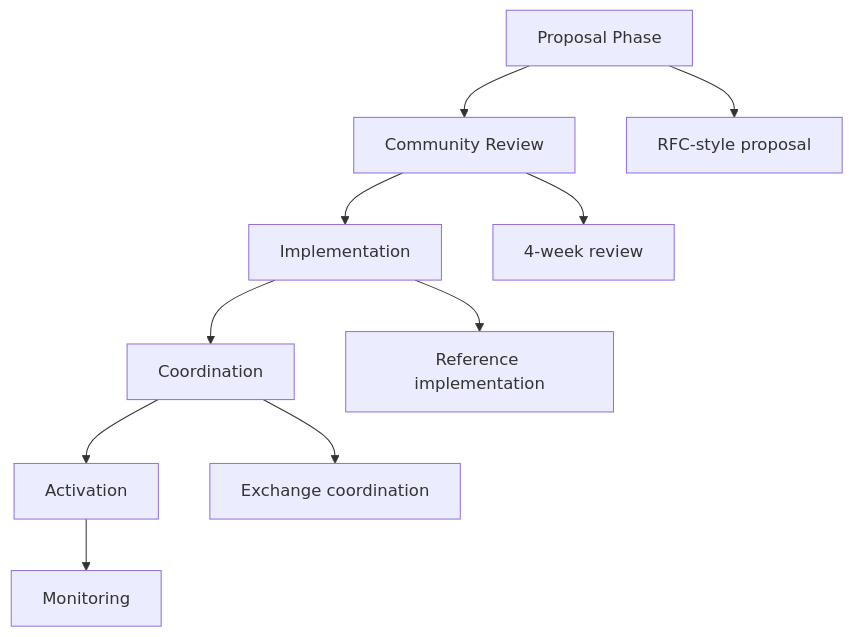
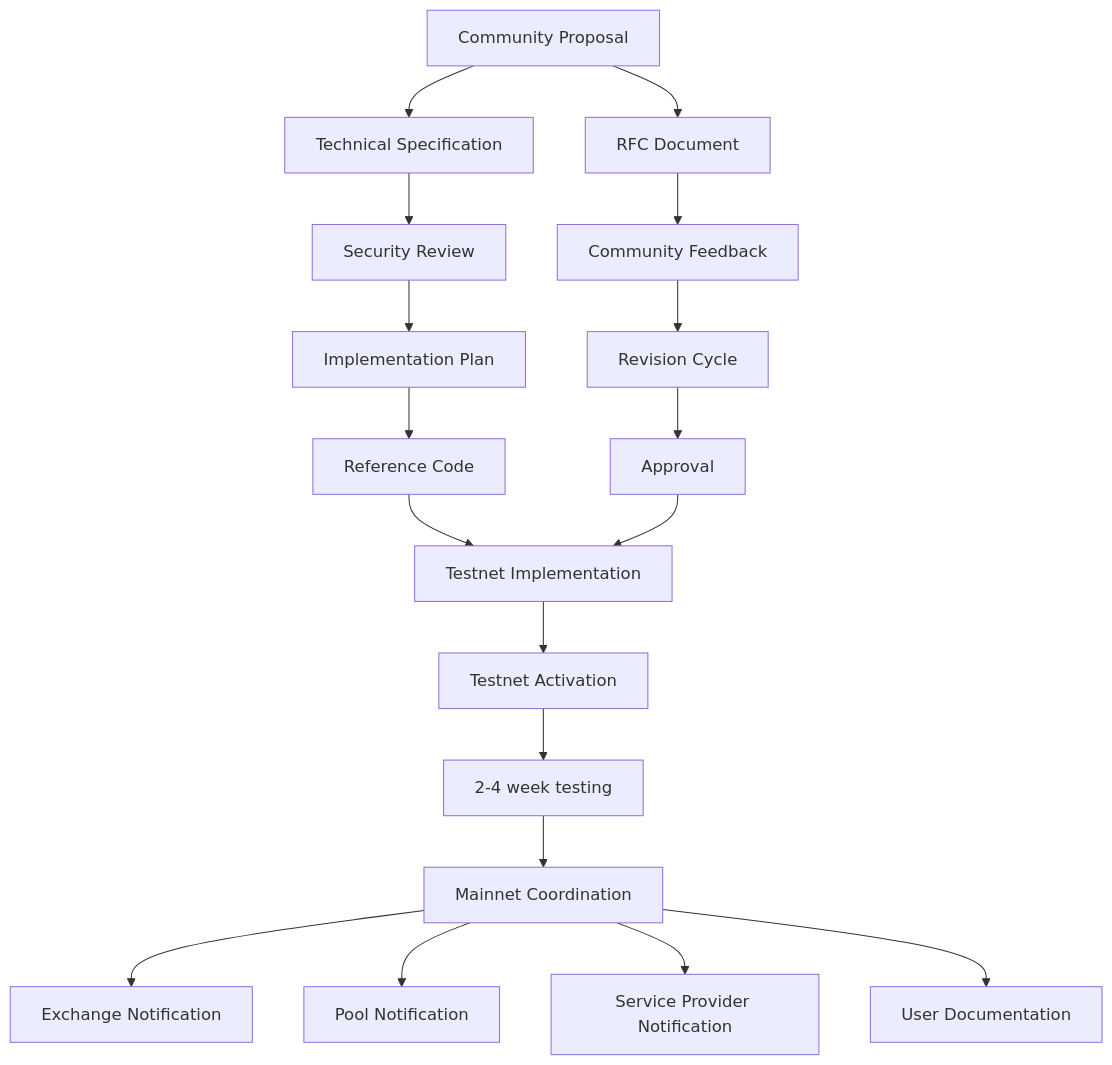
Before and after one commit to usexfg/fuego-suite: the fourth of 29 diagrams in FORK_CLASSIFICATION.md, drawn with Mermaid. The commit also changed other lines of this file and 64 other files, not shown here.

````diff
--- a/FORK_CLASSIFICATION.md
+++ b/FORK_CLASSIFICATION.md
@@ -259,13 +1023,23 @@
 ```mermaid
 flowchart TD
-    A[Proposal Phase] --> B[Community Review]
-    B --> C[Implementation]
-    C --> D[Coordination]
-    D --> E[Activation]
+    A[Community Proposal] --> B[Technical Specification]
+    B --> C[Security Review]
+    C --> D[Implementation Plan]
+    D --> E[Reference Code]
     
-    A --> F[RFC-style proposal]
-    B --> G[4-week review]
-    C --> H[Reference implementation]
-    D --> I[Exchange coordination]
-    E --> J[Monitoring]
+    A --> F[RFC Document]
+    F --> G[Community Feedback]
+    G --> H[Revision Cycle]
+    H --> I[Approval]
+    
+    E --> J[Testnet Implementation]
+    I --> J
+    J --> K[Testnet Activation]
+    K --> L[2-4 week testing]
+    L --> M[Mainnet Coordination]
+    
+    M --> N[Exchange Notification]
+    M --> O[Pool Notification]
+    M --> P[Service Provider Notification]
+    M --> Q[User Documentation]
 ```
````
